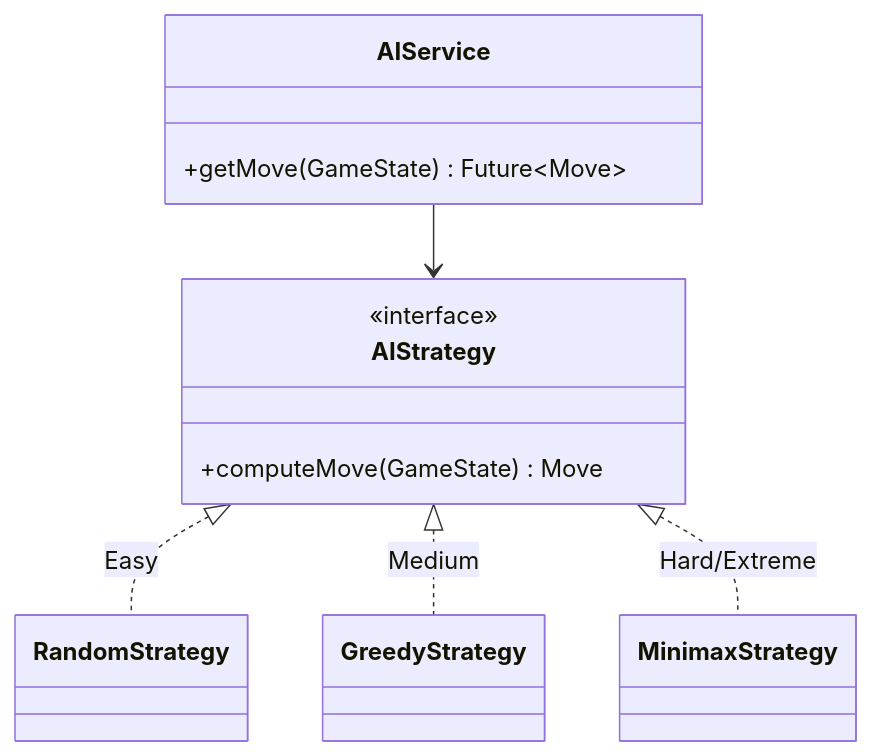
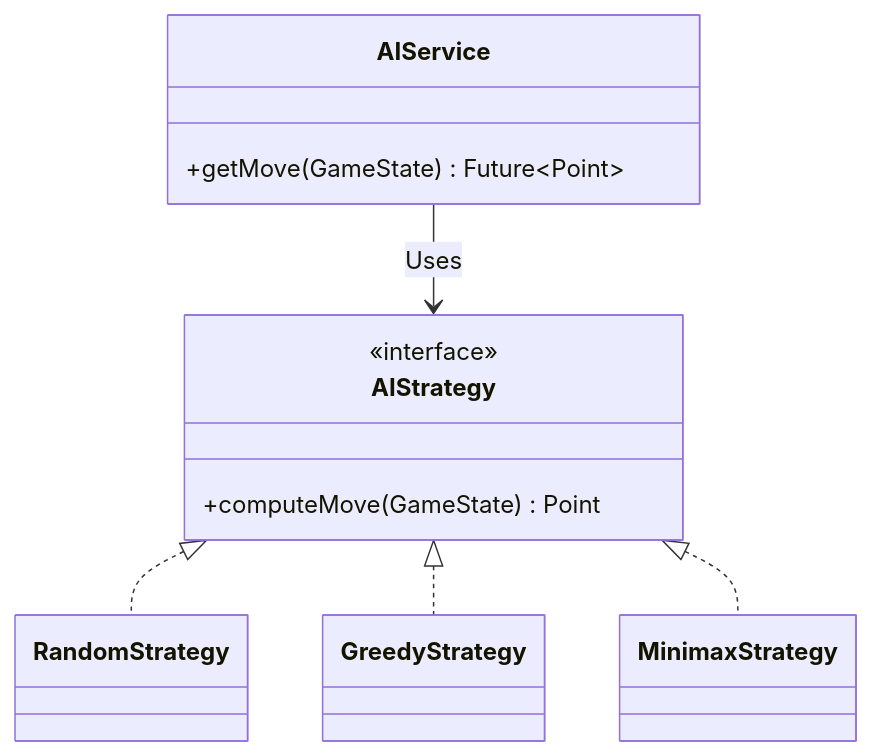
The third of 5 diagrams in architecture.md (saatvik333/chain-reaction-reborn), drawn with Mermaid before and after one commit. The commit also changed other lines of this file and 20 other files, not shown here.

````diff
--- a/architecture.md
+++ b/architecture.md
@@ -88,18 +95,19 @@
 ```mermaid
 classDiagram
+    direction TB
     class AIService {
-        +getMove(GameState) Future~Move~
+        +getMove(GameState) Future~Point~
     }
     class AIStrategy {
         <<interface>>
-        +computeMove(GameState) Move
+        +computeMove(GameState) Point
     }
     class RandomStrategy
     class GreedyStrategy
     class MinimaxStrategy
 
-    AIService --> AIStrategy
-    AIStrategy <|.. RandomStrategy : Easy
-    AIStrategy <|.. GreedyStrategy : Medium
-    AIStrategy <|.. MinimaxStrategy : Hard/Extreme
+    AIService --> AIStrategy : Uses
+    AIStrategy <|.. RandomStrategy
+    AIStrategy <|.. GreedyStrategy
+    AIStrategy <|.. MinimaxStrategy
 ```
````
